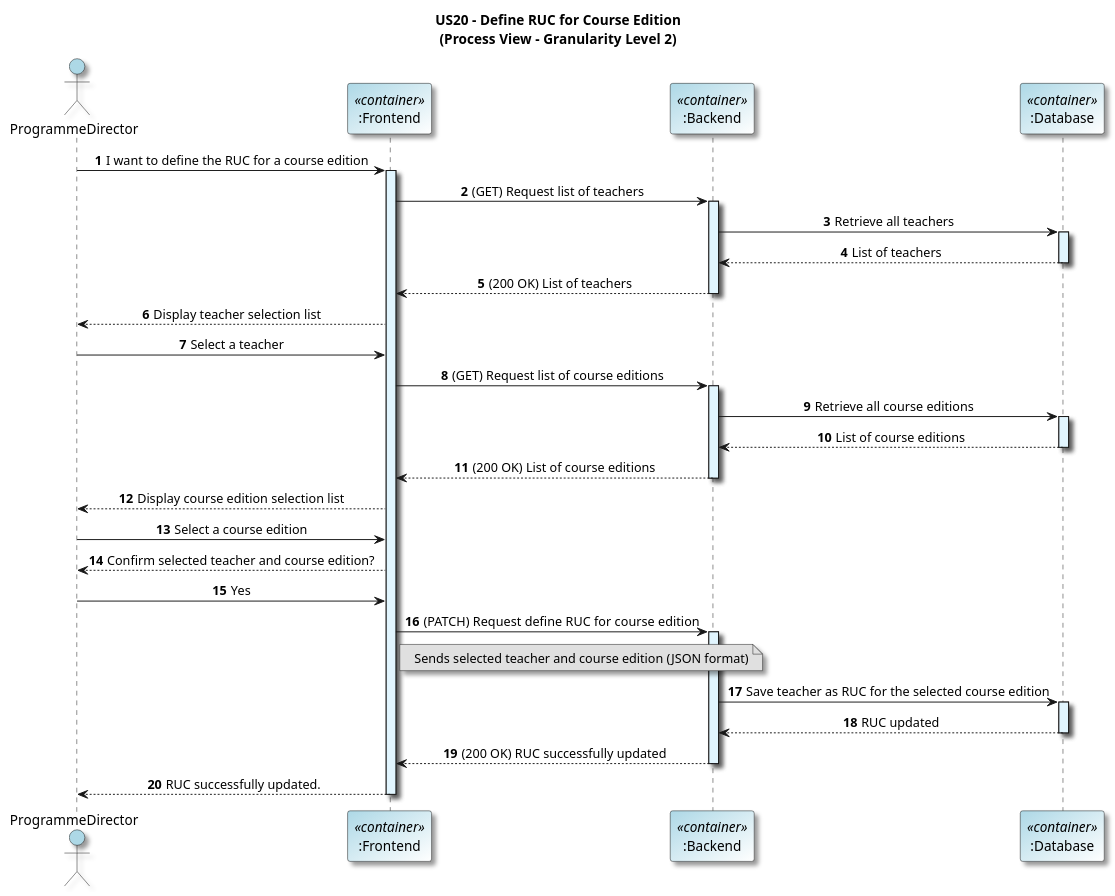
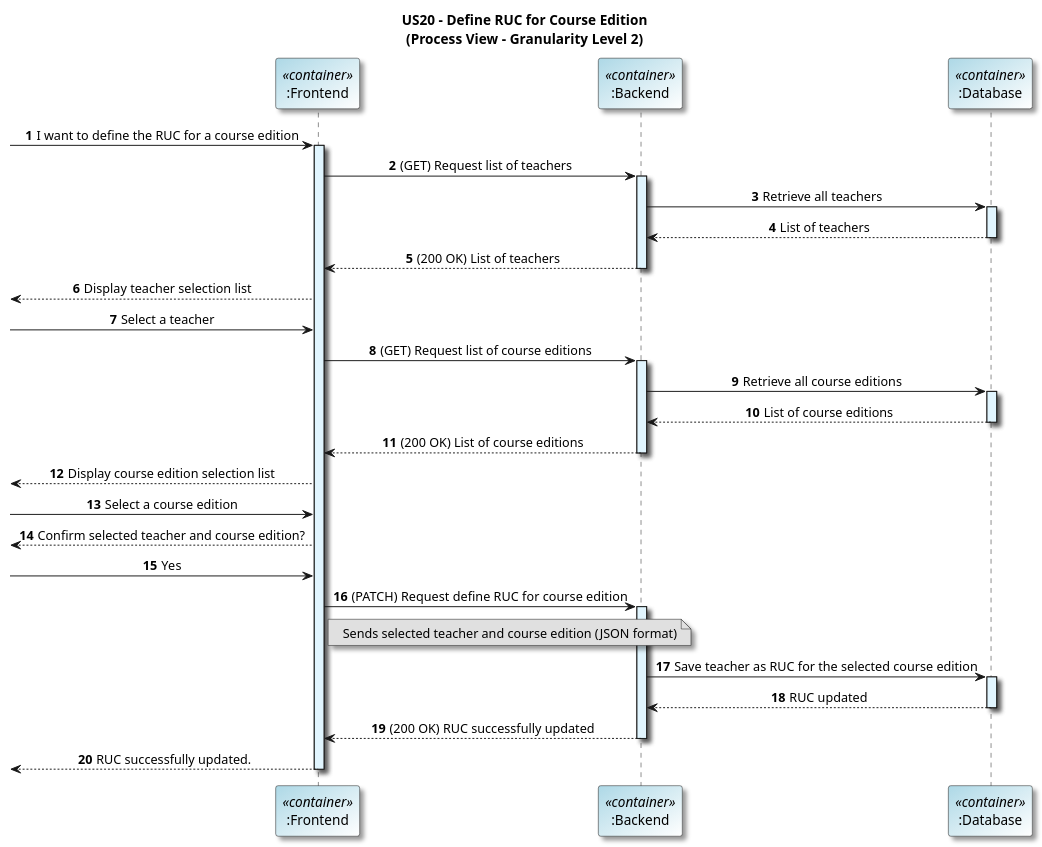
One commit to GasparISEP/DevOps-PAI changed the diagram in docs/US20/sprint6_RestAPI/processView/DefineRUCForACourseEdition_Level2Granularity.puml. Above: the diagram before and after it, drawn with PlantUML. The commit also changed 2 other files, not shown here.

Commit message:
Refs #545, #536, #623: Minor updates on process view diagram level 2 granularity and add ConvertDefineRucRequestDTOToDomain diagram to scenario view Refs

```diff
--- a/docs/US20/sprint6_RestAPI/processView/DefineRUCForACourseEdition_Level2Granularity.puml
+++ b/docs/US20/sprint6_RestAPI/processView/DefineRUCForACourseEdition_Level2Granularity.puml
@@ -1,70 +1,69 @@
 @startuml
 title US20 – Define RUC for Course Edition\n(Process View – Granularity Level 2)
 
 skinparam titleFontName "Verdana"
 skinparam defaultFontName "Verdana"
 skinparam defaultTextAlignment center
 skinparam shadowing true
 skinparam actorBackgroundColor #lightblue
 skinparam participantBackgroundColor #lightblue/white
 
 autonumber
 
-actor ProgrammeDirector as PD
 participant ":Frontend" as Frontend <<container>>
 participant ":Backend" as Backend <<container>>
 participant ":Database" as DB <<container>>
 
-PD -> Frontend: I want to define the RUC for a course edition
+-> Frontend: I want to define the RUC for a course edition
 activate Frontend #E1F5FE
 
 ' --- Select teachers ---
 Frontend -> Backend: (GET) Request list of teachers
 activate Backend #E1F5FE
 Backend -> DB: Retrieve all teachers
 activate DB #E1F5FE
 DB --> Backend: List of teachers
 deactivate DB
 Backend --> Frontend: (200 OK) List of teachers
 deactivate Backend
-Frontend --> PD: Display teacher selection list
+<-- Frontend : Display teacher selection list
 
-PD -> Frontend: Select a teacher
+-> Frontend: Select a teacher
 
 ' --- Select course edition ---
 Frontend -> Backend: (GET) Request list of course editions
 activate Backend #E1F5FE
 Backend -> DB: Retrieve all course editions
 activate DB #E1F5FE
 DB --> Backend: List of course editions
 deactivate DB
 Backend --> Frontend: (200 OK) List of course editions
 deactivate Backend
-Frontend --> PD: Display course edition selection list
+<-- Frontend: Display course edition selection list
 
-PD -> Frontend: Select a course edition
+-> Frontend: Select a course edition
 
 ' --- Confirm selection ---
-Frontend --> PD: Confirm selected teacher and course edition?
+<-- Frontend: Confirm selected teacher and course edition?
 
-PD -> Frontend: Yes
+-> Frontend: Yes
 
 ' --- Define RUC ---
 Frontend -> Backend: (PATCH) Request define RUC for course edition
 note right of Frontend #E0E0E0
   Sends selected teacher and course edition (JSON format)
 end note
 activate Backend #E1F5FE
 
 Backend -> DB: Save teacher as RUC for the selected course edition
 activate DB #E1F5FE
 DB --> Backend: RUC updated
 deactivate DB
 
 Backend --> Frontend: (200 OK) RUC successfully updated
 deactivate Backend
 
-Frontend --> PD: RUC successfully updated.
+<-- Frontend: RUC successfully updated.
 deactivate Frontend
 
 @enduml
```
